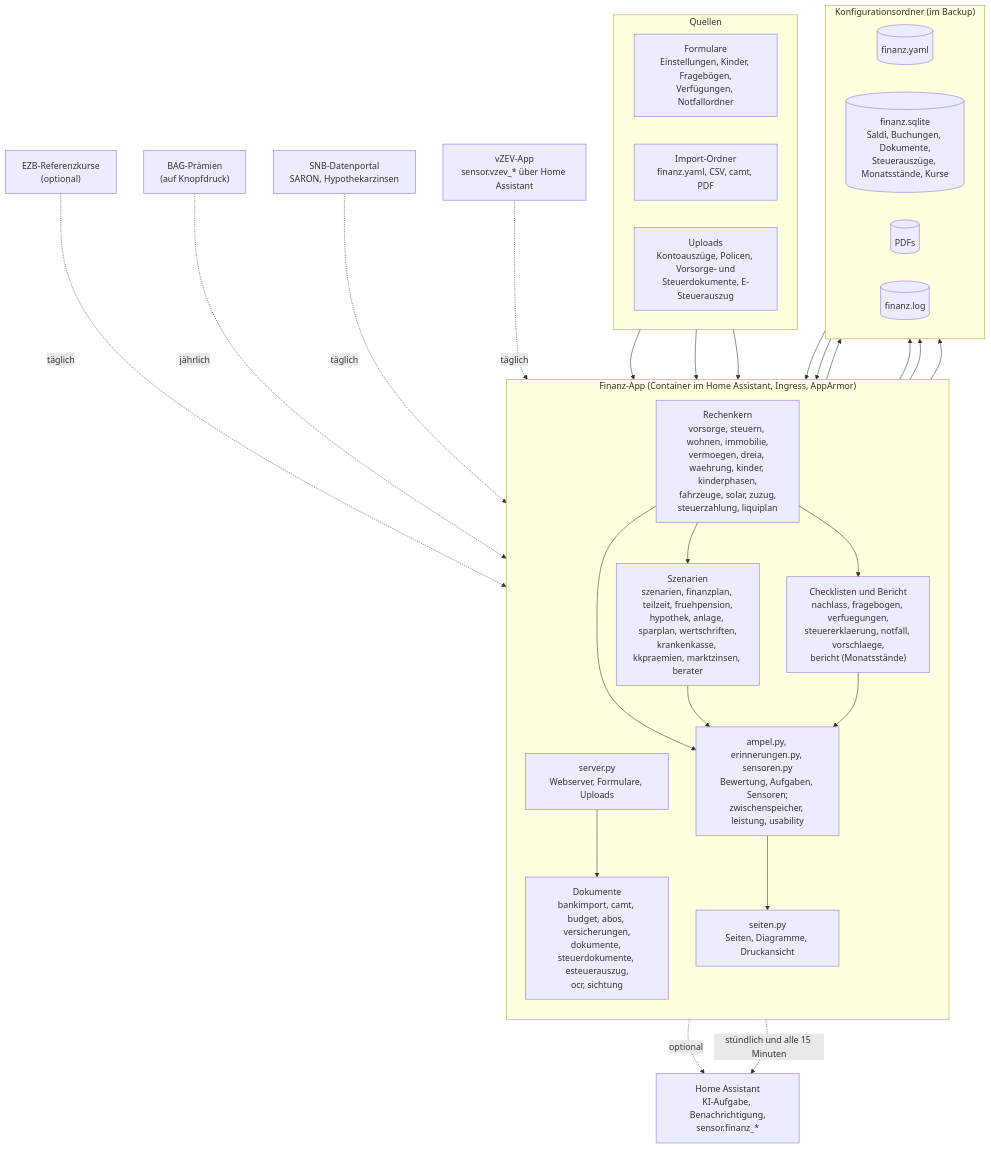
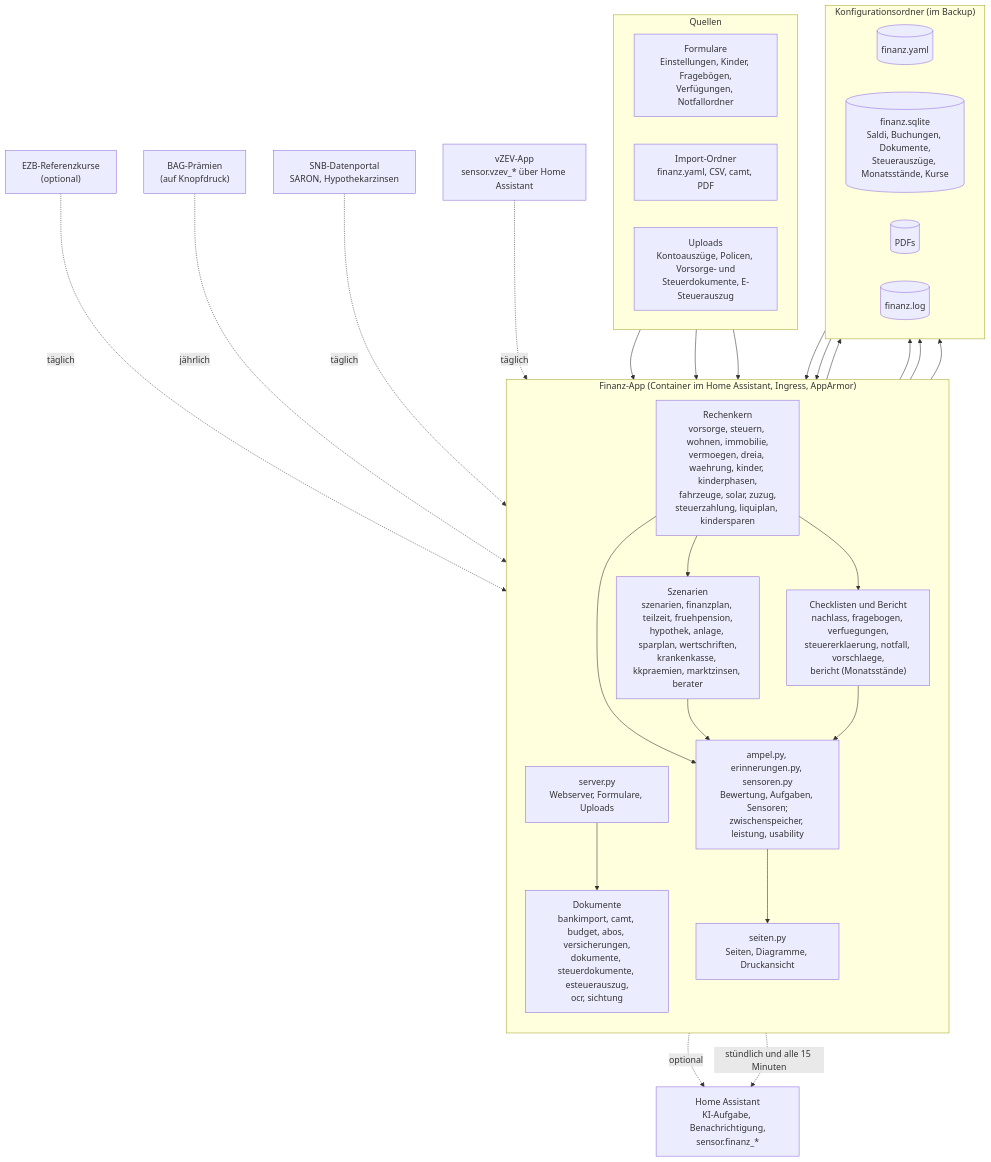
The diagram in docs/architektur.mmd (khu1985/finanz-ha), drawn with Mermaid before and after one commit. The commit also changed 15 other files, not shown here.

```diff
--- a/docs/architektur.mmd
+++ b/docs/architektur.mmd
@@ -1,38 +1,38 @@
 flowchart TB
     subgraph Quellen
         direction LR
         F["Formulare<br/>Einstellungen, Kinder, Fragebögen,<br/>Verfügungen, Notfallordner"]
         I["Import-Ordner<br/>finanz.yaml, CSV, camt, PDF"]
         U["Uploads<br/>Kontoauszüge, Policen, Vorsorge- und<br/>Steuerdokumente, E-Steuerauszug"]
     end
     subgraph App["Finanz-App (Container im Home Assistant, Ingress, AppArmor)"]
         direction TB
         S["server.py<br/>Webserver, Formulare, Uploads"]
         D["Dokumente<br/>bankimport, camt, budget, abos, versicherungen,<br/>dokumente, steuerdokumente, esteuerauszug,<br/>ocr, sichtung"]
-        K["Rechenkern<br/>vorsorge, steuern, wohnen, immobilie,<br/>vermoegen, dreia, waehrung, kinder, kinderphasen,<br/>fahrzeuge, solar, zuzug,<br/>steuerzahlung, liquiplan"]
+        K["Rechenkern<br/>vorsorge, steuern, wohnen, immobilie,<br/>vermoegen, dreia, waehrung, kinder, kinderphasen,<br/>fahrzeuge, solar, zuzug,<br/>steuerzahlung, liquiplan, kindersparen"]
         Z["Szenarien<br/>szenarien, finanzplan, teilzeit, fruehpension,<br/>hypothek, anlage, sparplan, wertschriften,<br/>krankenkasse, kkpraemien, marktzinsen, berater"]
         C["Checklisten und Bericht<br/>nachlass, fragebogen, verfuegungen,<br/>steuererklaerung, notfall, vorschlaege,<br/>bericht (Monatsstände)"]
         A["ampel.py, erinnerungen.py, sensoren.py<br/>Bewertung, Aufgaben, Sensoren;<br/>zwischenspeicher, leistung, usability"]
         SE["seiten.py<br/>Seiten, Diagramme, Druckansicht"]
     end
     subgraph Daten["Konfigurationsordner (im Backup)"]
         direction LR
         Y[("finanz.yaml")]
         DB[("finanz.sqlite<br/>Saldi, Buchungen, Dokumente,<br/>Steuerauszüge, Monatsstände, Kurse")]
         P[("PDFs")]
         L[("finanz.log")]
     end
     HA["Home Assistant<br/>KI-Aufgabe, Benachrichtigung,<br/>sensor.finanz_*"]
     F & I & U --> S
     S --> D --> DB & P
     S --> Y
     Y & DB --> K --> Z
     K --> C
     K & Z & C --> A --> SE
     Z -. optional .-> HA
     EZB["EZB-Referenzkurse<br/>(optional)"] -. täglich .-> K
     BAG["BAG-Prämien<br/>(auf Knopfdruck)"] -. jährlich .-> Z
     SNB["SNB-Datenportal<br/>SARON, Hypothekarzinsen"] -. täglich .-> Z
     A -. stündlich und alle 15 Minuten .-> HA
     VZ["vZEV-App<br/>sensor.vzev_* über Home Assistant"] -. täglich .-> K
     S --> L
```
